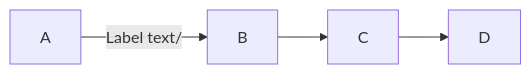
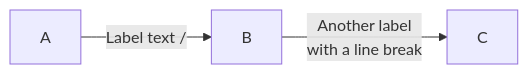
The diagram in README.md (Or3win/Moussaka), drawn with Mermaid before and after one commit.

````diff
--- a/README.md
+++ b/README.md
@@ -5,6 +5,6 @@
 ```mermaid
+
 graph LR;
-    A-->|Label text/|B;
-    B-->C;
-    C-->D;
+    A-->|Label text /|B;
+    B-->|Another label \n with a line break|C;
 ```
````
